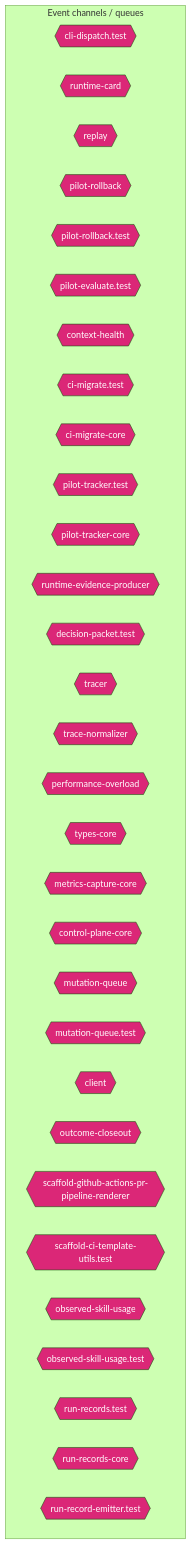
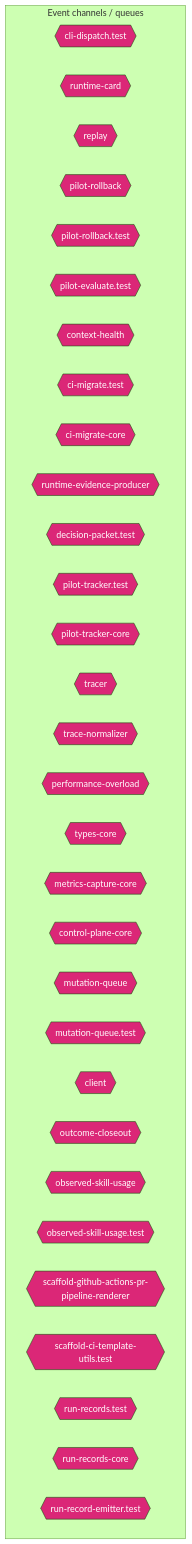
Before and after one commit to jscraik/coding-harness: the ninth of 14 diagrams in AI/context/diagram-context.md, drawn with Mermaid (forest theme). The commit also changed other lines of this file and 27 other files, not shown here.

````diff
--- a/AI/context/diagram-context.md
+++ b/AI/context/diagram-context.md
@@ -1633,38 +1665,38 @@
 ```mermaid
 flowchart TD
   subgraph Channels["Event channels / queues"]
     cli_dispatch_test_54c9f17b{{"cli-dispatch.test"}}
     runtime_card_e06b53e1{{"runtime-card"}}
     replay_ac203c98{{"replay"}}
     pilot_rollback_00c1f82c{{"pilot-rollback"}}
     pilot_rollback_test_e61d5a2b{{"pilot-rollback.test"}}
     pilot_evaluate_test_a2ac06fc{{"pilot-evaluate.test"}}
     context_health_80bb7da9{{"context-health"}}
     ci_migrate_test_2a015bb9{{"ci-migrate.test"}}
     ci_migrate_core_7005b5af{{"ci-migrate-core"}}
+    runtime_evidence_producer_ea388cb5{{"runtime-evidence-producer"}}
+    decision_packet_test_9ea0e97b{{"decision-packet.test"}}
     pilot_tracker_test_80398a66{{"pilot-tracker.test"}}
     pilot_tracker_core_80d8ac96{{"pilot-tracker-core"}}
-    runtime_evidence_producer_ea388cb5{{"runtime-evidence-producer"}}
-    decision_packet_test_9ea0e97b{{"decision-packet.test"}}
     tracer_1e6243a2{{"tracer"}}
     trace_normalizer_cb1be1d2{{"trace-normalizer"}}
     performance_overload_c685bfcf{{"performance-overload"}}
     types_core_e405ddca{{"types-core"}}
     metrics_capture_core_db4bf7cf{{"metrics-capture-core"}}
     control_plane_core_db3b4cb2{{"control-plane-core"}}
     mutation_queue_ce5a530e{{"mutation-queue"}}
     mutation_queue_test_10b599e8{{"mutation-queue.test"}}
     client_1_914e1681{{"client"}}
     outcome_closeout_ba497ec2{{"outcome-closeout"}}
+    observed_skill_usage_ed7d5930{{"observed-skill-usage"}}
+    observed_skill_usage_test_311c215a{{"observed-skill-usage.test"}}
     scaffold_github_actions_pr_pipeline_renderer_1ee18de5{{"scaffold-github-actions-pr-pipeline-renderer"}}
     scaffold_ci_template_utils_test_b94825d9{{"scaffold-ci-template-utils.test"}}
-    observed_skill_usage_ed7d5930{{"observed-skill-usage"}}
-    observed_skill_usage_test_311c215a{{"observed-skill-usage.test"}}
     run_records_test_3ee6a0e3{{"run-records.test"}}
     run_records_core_89286dfa{{"run-records-core"}}
     run_record_emitter_test_5475c0da{{"run-record-emitter.test"}}
   end
   classDef eventNode fill:#db2777,color:#fff
-  class cli_dispatch_test_54c9f17b,runtime_card_e06b53e1,replay_ac203c98,pilot_rollback_00c1f82c,pilot_rollback_test_e61d5a2b,pilot_evaluate_test_a2ac06fc,context_health_80bb7da9,ci_migrate_test_2a015bb9,ci_migrate_core_7005b5af,pilot_tracker_test_80398a66,pilot_tracker_core_80d8ac96,runtime_evidence_producer_ea388cb5,decision_packet_test_9ea0e97b,tracer_1e6243a2,trace_normalizer_cb1be1d2,performance_overload_c685bfcf,types_core_e405ddca,metrics_capture_core_db4bf7cf,control_plane_core_db3b4cb2,mutation_queue_ce5a530e,mutation_queue_test_10b599e8,client_1_914e1681,outcome_closeout_ba497ec2,scaffold_github_actions_pr_pipeline_renderer_1ee18de5,scaffold_ci_template_utils_test_b94825d9,observed_skill_usage_ed7d5930,observed_skill_usage_test_311c215a,run_records_test_3ee6a0e3,run_records_core_89286dfa,run_record_emitter_test_5475c0da eventNode
+  class cli_dispatch_test_54c9f17b,runtime_card_e06b53e1,replay_ac203c98,pilot_rollback_00c1f82c,pilot_rollback_test_e61d5a2b,pilot_evaluate_test_a2ac06fc,context_health_80bb7da9,ci_migrate_test_2a015bb9,ci_migrate_core_7005b5af,runtime_evidence_producer_ea388cb5,decision_packet_test_9ea0e97b,pilot_tracker_test_80398a66,pilot_tracker_core_80d8ac96,tracer_1e6243a2,trace_normalizer_cb1be1d2,performance_overload_c685bfcf,types_core_e405ddca,metrics_capture_core_db4bf7cf,control_plane_core_db3b4cb2,mutation_queue_ce5a530e,mutation_queue_test_10b599e8,client_1_914e1681,outcome_closeout_ba497ec2,observed_skill_usage_ed7d5930,observed_skill_usage_test_311c215a,scaffold_github_actions_pr_pipeline_renderer_1ee18de5,scaffold_ci_template_utils_test_b94825d9,run_records_test_3ee6a0e3,run_records_core_89286dfa,run_record_emitter_test_5475c0da eventNode
 
 ```
````
